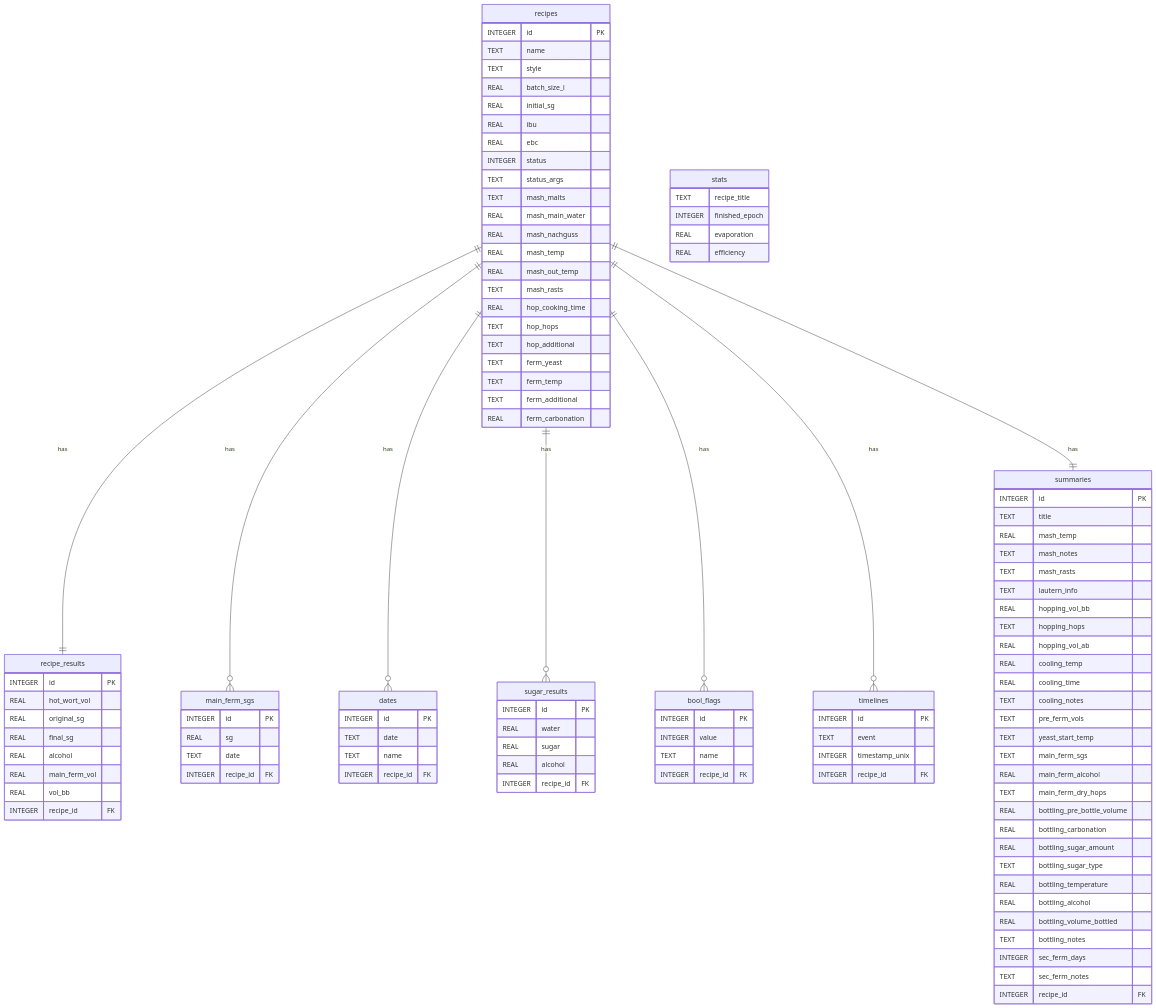
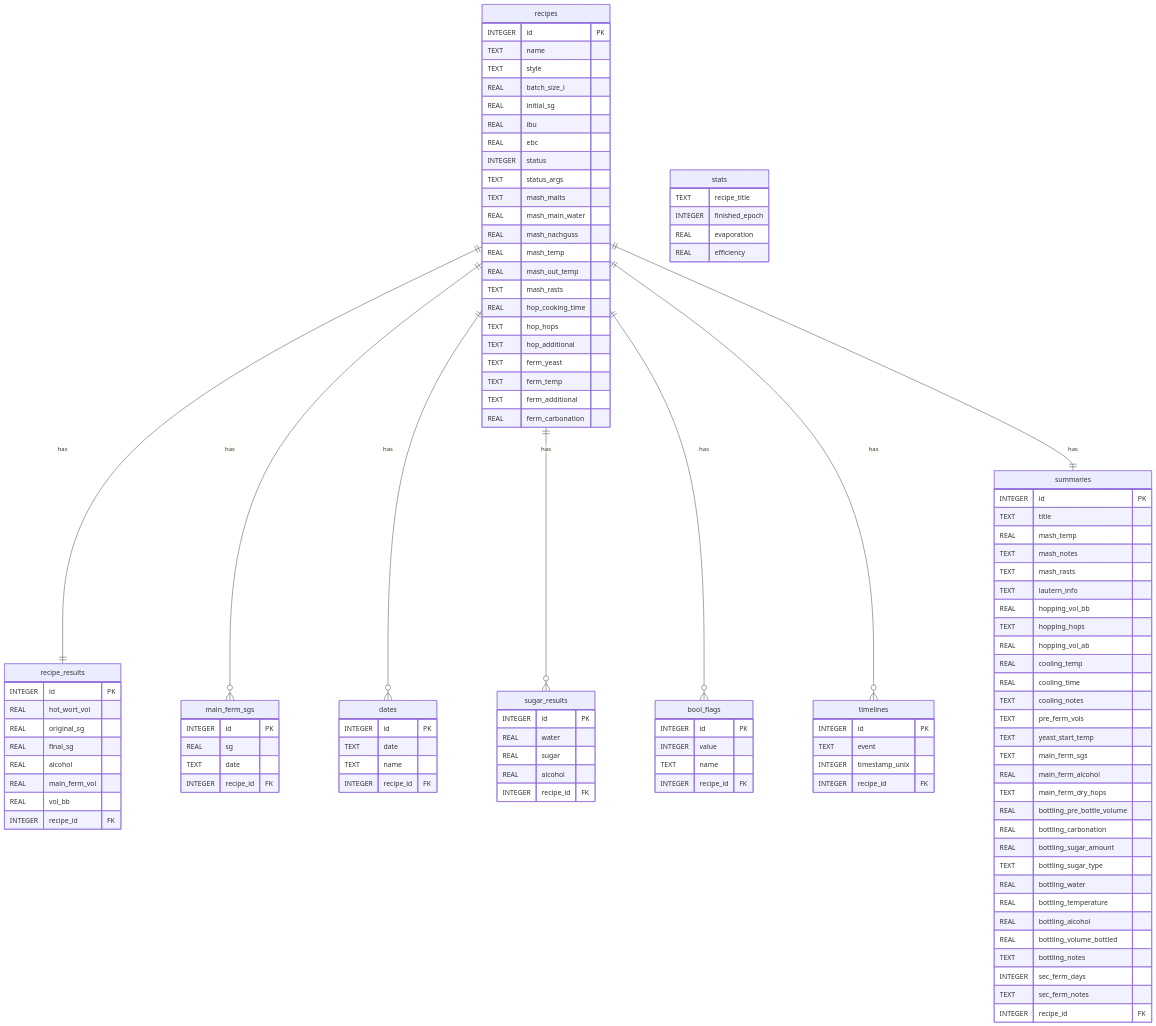
One commit to juan-castrillon/brewday changed the seventh of 8 diagrams in TECHNICAL_OVERVIEW.md. Above: the diagram before and after it, drawn with Mermaid. The commit also changed 14 other files, not shown here.

```diff
--- a/TECHNICAL_OVERVIEW.md
+++ b/TECHNICAL_OVERVIEW.md
@@ -553,6 +553,7 @@
         REAL bottling_carbonation
         REAL bottling_sugar_amount
         TEXT bottling_sugar_type
+        REAL bottling_water
         REAL bottling_temperature
         REAL bottling_alcohol
         REAL bottling_volume_bottled
```
